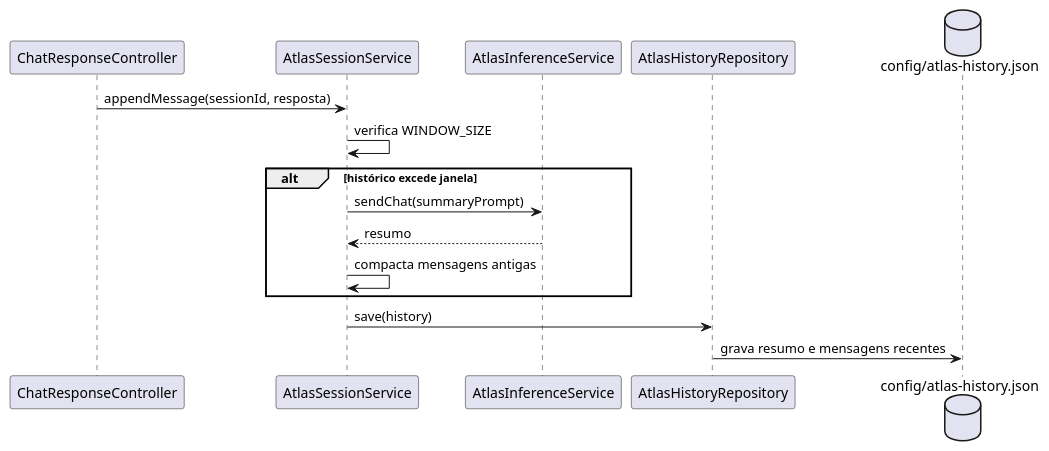
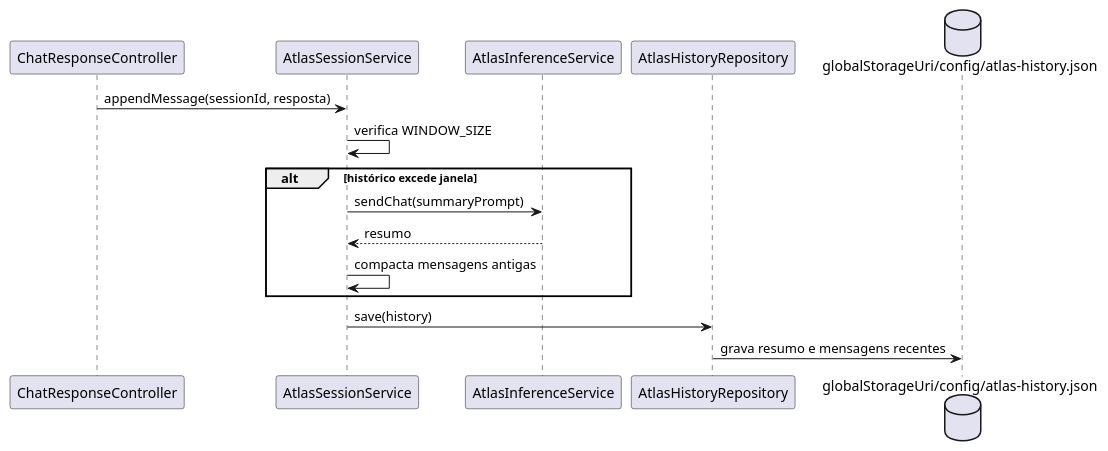
Diagram 24 of 41 in docs/plantuml-diagramas-por-caso-de-uso-atlas.md (JVictorVI/ATLAS), drawn with PlantUML before and after one commit. The commit also changed other lines of this file and 34 other files, not shown here.

````diff
--- a/docs/plantuml-diagramas-por-caso-de-uso-atlas.md
+++ b/docs/plantuml-diagramas-por-caso-de-uso-atlas.md
@@ -859,20 +877,20 @@
 ```plantuml
 @startuml
 skinparam shadowing false
 participant ChatResponseController as Response
 participant AtlasSessionService as Sessions
 participant AtlasInferenceService as Inference
 participant AtlasHistoryRepository as Repository
-database "config/atlas-history.json" as HistoryFile
+database "globalStorageUri/config/atlas-history.json" as HistoryFile
 
 Response -> Sessions : appendMessage(sessionId, resposta)
 Sessions -> Sessions : verifica WINDOW_SIZE
 alt histórico excede janela
   Sessions -> Inference : sendChat(summaryPrompt)
   Inference --> Sessions : resumo
   Sessions -> Sessions : compacta mensagens antigas
 end
 Sessions -> Repository : save(history)
 Repository -> HistoryFile : grava resumo e mensagens recentes
 @enduml
 ```
````
